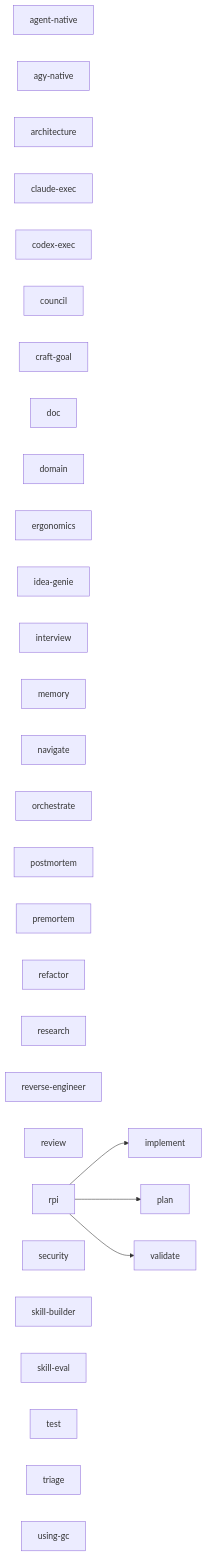
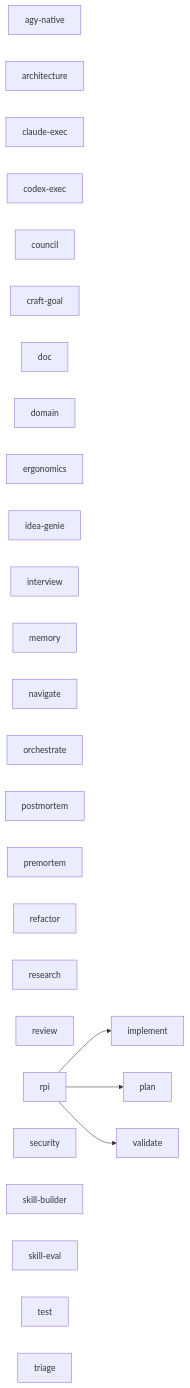
Before and after one commit to boshu2/agentops: the diagram in docs/reference/agentops-skill-graph.md, drawn with Mermaid. The commit also changed 345 other files, not shown here.

````diff
--- a/docs/reference/agentops-skill-graph.md
+++ b/docs/reference/agentops-skill-graph.md
@@ -5,37 +5,34 @@
 ```mermaid
 graph LR
-  agent_native["agent-native"]
   agy_native["agy-native"]
   architecture["architecture"]
   claude_exec["claude-exec"]
   codex_exec["codex-exec"]
   council["council"]
   craft_goal["craft-goal"]
   doc["doc"]
   domain["domain"]
   ergonomics["ergonomics"]
   idea_genie["idea-genie"]
   implement["implement"]
   interview["interview"]
   memory["memory"]
   navigate["navigate"]
   orchestrate["orchestrate"]
   plan["plan"]
   postmortem["postmortem"]
   premortem["premortem"]
   refactor["refactor"]
   research["research"]
-  reverse_engineer["reverse-engineer"]
   review["review"]
   rpi["rpi"]
   security["security"]
   skill_builder["skill-builder"]
   skill_eval["skill-eval"]
   test["test"]
   triage["triage"]
-  using_gc["using-gc"]
   validate["validate"]
   rpi --> implement
   rpi --> plan
   rpi --> validate
 ```
````
